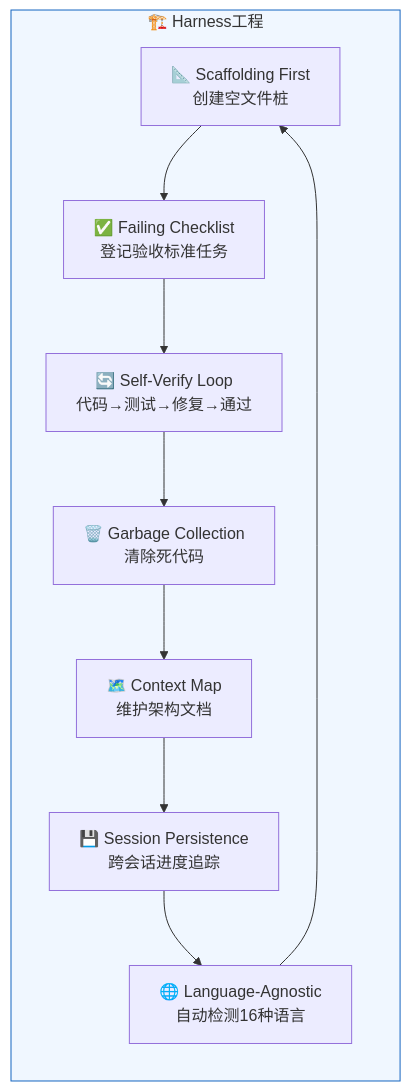
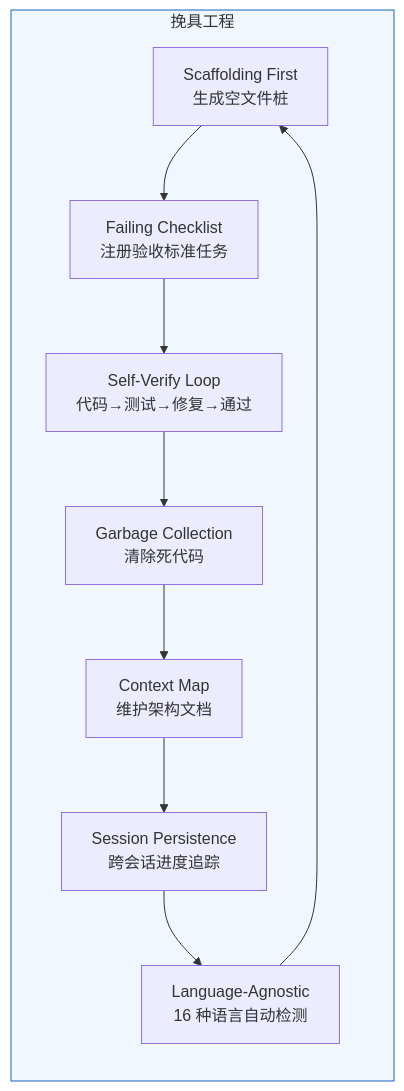
Before and after one commit to modu-ai/moai-adk: the first of 2 diagrams in docs-site/content/zh/core-concepts/harness-engineering.md, drawn with Mermaid. The commit also changed other lines of this file and 395 other files, not shown here.

````diff
--- a/docs-site/content/zh/core-concepts/harness-engineering.md
+++ b/docs-site/content/zh/core-concepts/harness-engineering.md
@@ -20,15 +33,15 @@
 ```mermaid
 graph TB
-    subgraph Harness["🏗️ Harness工程"]
+    subgraph Harness["挽具工程"]
         direction TB
-        SF["📐 Scaffolding First<br/>创建空文件桩"] --> FC["✅ Failing Checklist<br/>登记验收标准任务"]
-        FC --> SV["🔄 Self-Verify Loop<br/>代码→测试→修复→通过"]
-        SV --> GC["🗑️ Garbage Collection<br/>清除死代码"]
-        GC --> CM["🗺️ Context Map<br/>维护架构文档"]
-        CM --> SP["💾 Session Persistence<br/>跨会话进度追踪"]
-        SP --> LA["🌐 Language-Agnostic<br/>自动检测16种语言"]
+        SF["Scaffolding First<br/>生成空文件桩"] --> FC["Failing Checklist<br/>注册验收标准任务"]
+        FC --> SV["Self-Verify Loop<br/>代码→测试→修复→通过"]
+        SV --> GC["Garbage Collection<br/>清除死代码"]
+        GC --> CM["Context Map<br/>维护架构文档"]
+        CM --> SP["Session Persistence<br/>跨会话进度追踪"]
+        SP --> LA["Language-Agnostic<br/>16 种语言自动检测"]
         LA --> SF
     end
 
     style Harness fill:#f0f7ff,stroke:#1565C0
 ```
````
